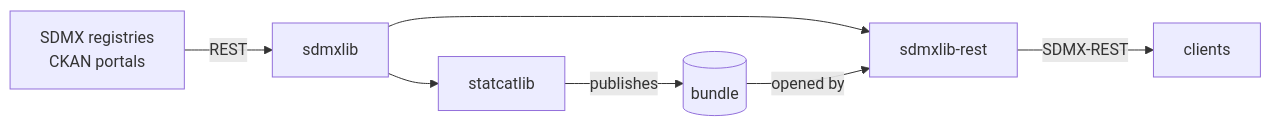
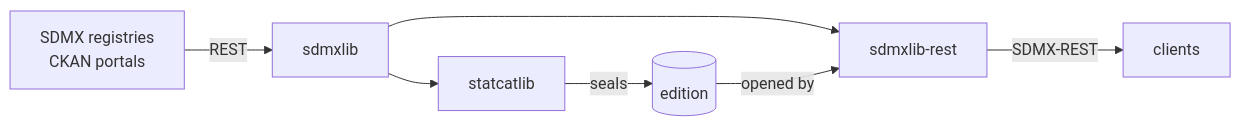
The diagram in docs/index.md (StatCat-Suite/statcat-suite.github.io), drawn with Mermaid before and after one commit. The commit also changed other lines of this file and 4 other files, not shown here.

````diff
--- a/docs/index.md
+++ b/docs/index.md
@@ -51,9 +52,9 @@
 ```mermaid
 graph LR
     S[SDMX registries<br/>CKAN portals] -->|REST| SL[sdmxlib]
     SL --> SC[statcatlib]
     SL --> SR[sdmxlib-rest]
-    SC -->|publishes| B[(bundle)]
-    B -->|opened by| SR
+    SC -->|seals| E[(edition)]
+    E -->|opened by| SR
     SR -->|SDMX-REST| C[clients]
 ```
````
